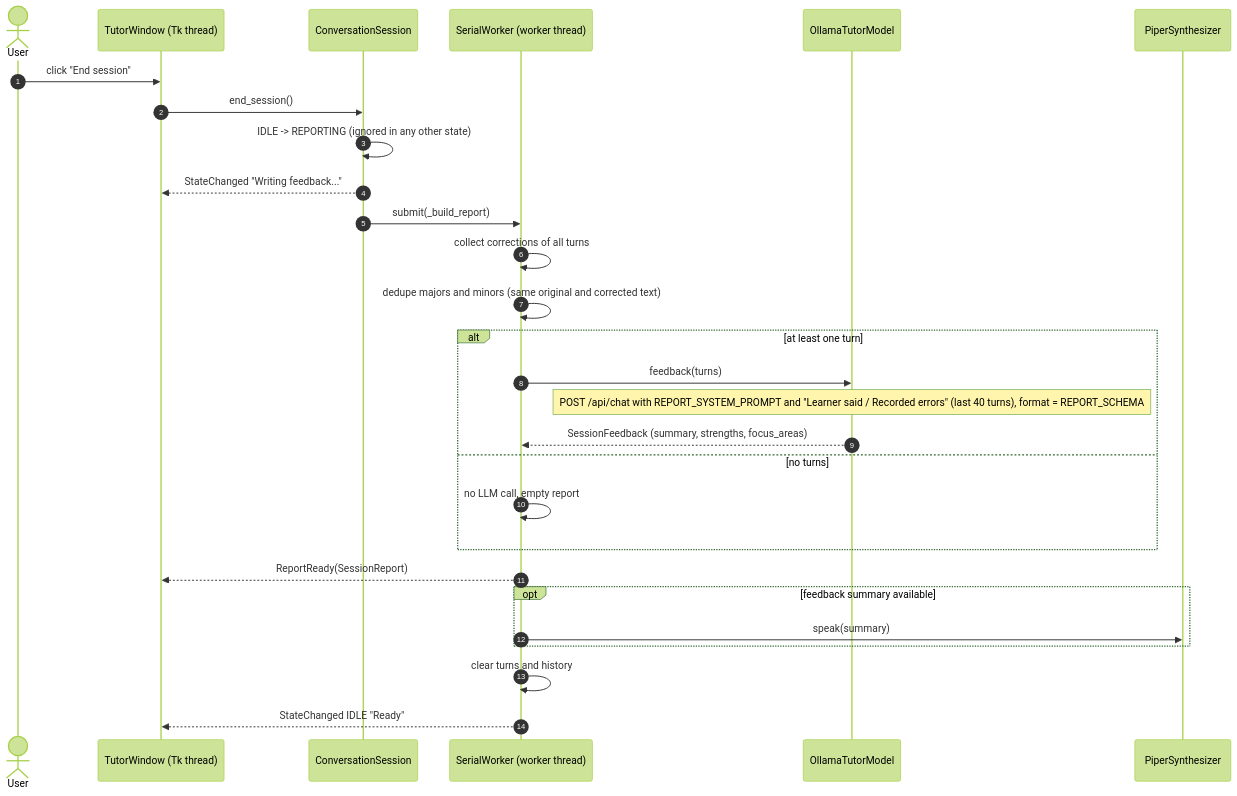
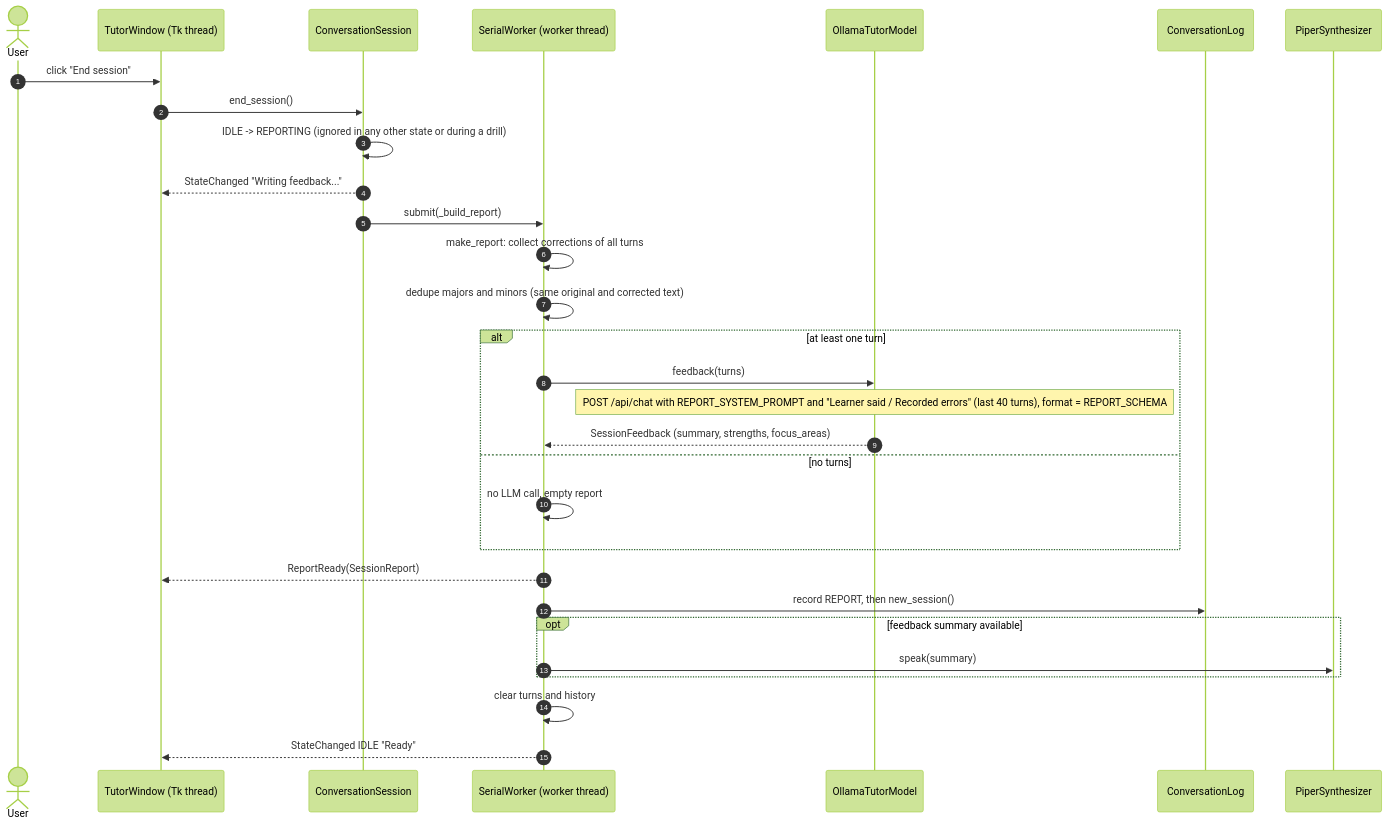
The third of 3 diagrams in docs/data-flow.md (mauroturner/local-ai-english-tutor), drawn with Mermaid (forest theme) before and after one commit. The commit also changed other lines of this file and 6 other files, not shown here.

````diff
--- a/docs/data-flow.md
+++ b/docs/data-flow.md
@@ -71,31 +143,33 @@
 ```mermaid
 sequenceDiagram
     autonumber
     actor User
     participant UI as TutorWindow (Tk thread)
     participant S as ConversationSession
     participant W as SerialWorker (worker thread)
     participant LLM as OllamaTutorModel
+    participant LOG as ConversationLog
     participant TTS as PiperSynthesizer
 
     User->>UI: click "End session"
     UI->>S: end_session()
-    S->>S: IDLE -> REPORTING (ignored in any other state)
+    S->>S: IDLE -> REPORTING (ignored in any other state or during a drill)
     S-->>UI: StateChanged "Writing feedback..."
     S->>W: submit(_build_report)
-    W->>W: collect corrections of all turns
+    W->>W: make_report: collect corrections of all turns
     W->>W: dedupe majors and minors (same original and corrected text)
     alt at least one turn
         W->>LLM: feedback(turns)
         Note over LLM: POST /api/chat with REPORT_SYSTEM_PROMPT and "Learner said / Recorded errors" (last 40 turns), format = REPORT_SCHEMA
         LLM-->>W: SessionFeedback (summary, strengths, focus_areas)
     else no turns
         W->>W: no LLM call, empty report
     end
     W-->>UI: ReportReady(SessionReport)
+    W->>LOG: record REPORT, then new_session()
     opt feedback summary available
         W->>TTS: speak(summary)
     end
     W->>W: clear turns and history
     W-->>UI: StateChanged IDLE "Ready"
 ```
````
